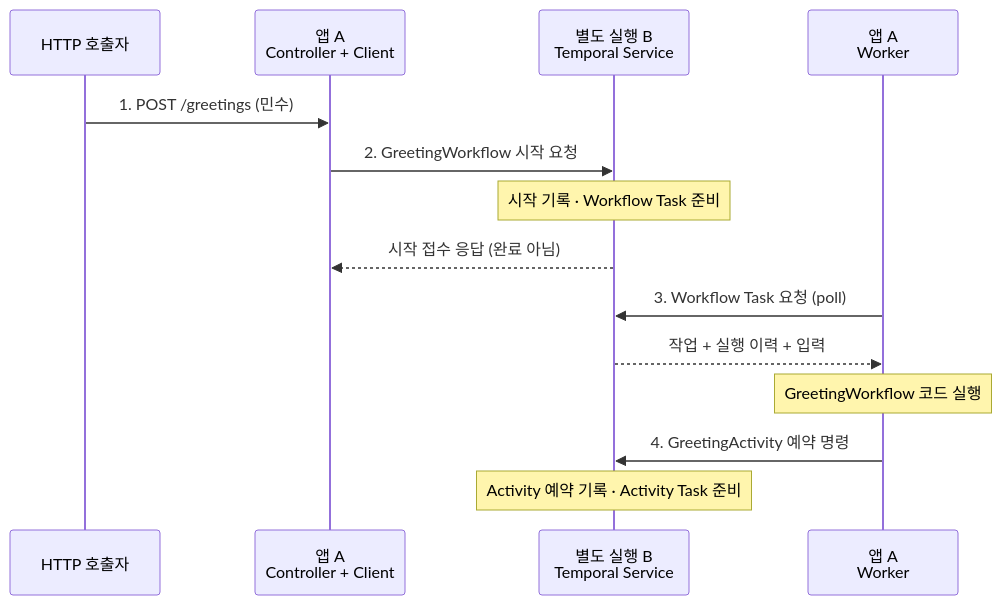
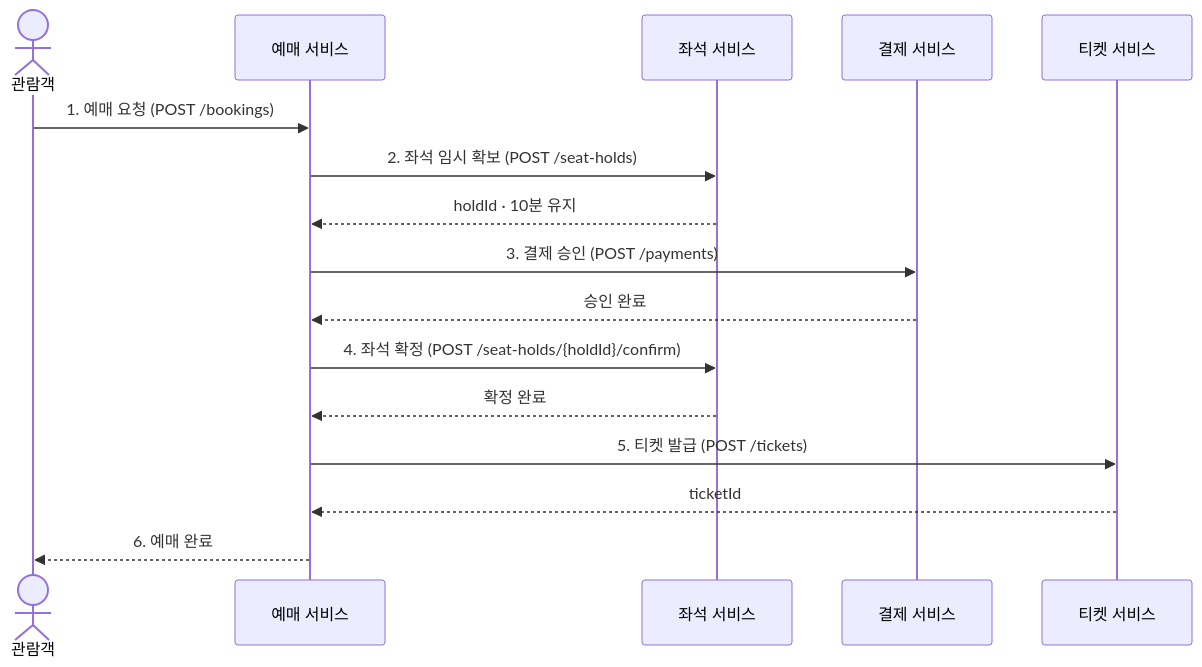
Before and after one commit to hanumoka/hanumoka.github.io: the first of 5 diagrams in src/content/posts/ko/temporal-01-overview/index.md, drawn with Mermaid. The commit also changed other lines of this file and 42 other files, not shown here.

````diff
--- a/src/content/posts/ko/temporal-01-overview/index.md
+++ b/src/content/posts/ko/temporal-01-overview/index.md
@@ -103,18 +59,20 @@
 ```mermaid
 sequenceDiagram
-    accTitle: 인사 요청이 Workflow와 Activity 작업으로 바뀌는 순서
-    accDescr: HTTP 호출자가 Spring Boot Controller에 요청한다. Client가 Temporal Service에 Workflow 시작을 요청하고 Worker가 작업을 가져온다. Workflow 실행 결과로 Activity 예약 명령을 보내면 Service가 Activity Task를 준비한다.
-    participant U as HTTP 호출자
-    participant C as 앱 A<br/>Controller + Client
-    participant S as 별도 실행 B<br/>Temporal Service
-    participant W as 앱 A<br/>Worker
-    U->>C: 1. POST /greetings (민수)
-    C->>S: 2. GreetingWorkflow 시작 요청
-    Note over S: 시작 기록 · Workflow Task 준비
-    S-->>C: 시작 접수 응답 (완료 아님)
-    W->>S: 3. Workflow Task 요청 (poll)
-    S-->>W: 작업 + 실행 이력 + 입력
-    Note over W: GreetingWorkflow 코드 실행
-    W->>S: 4. GreetingActivity 예약 명령
-    Note over S: Activity 예약 기록 · Activity Task 준비
+    accTitle: 공연 예매가 정상적으로 끝나는 순서
+    accDescr: 관람객이 예매를 요청하면 예매 서비스가 좌석 임시 확보, 결제 승인, 좌석 확정, 티켓 발급을 차례로 다른 서비스에 요청한다. 모든 응답을 받으면 관람객에게 예매 완료를 알린다.
+    actor U as 관람객
+    participant B as 예매 서비스
+    participant S as 좌석 서비스
+    participant P as 결제 서비스
+    participant T as 티켓 서비스
+    U->>B: 1. 예매 요청 (POST /bookings)
+    B->>S: 2. 좌석 임시 확보 (POST /seat-holds)
+    S-->>B: holdId · 10분 유지
+    B->>P: 3. 결제 승인 (POST /payments)
+    P-->>B: 승인 완료
+    B->>S: 4. 좌석 확정 (POST /seat-holds/{holdId}/confirm)
+    S-->>B: 확정 완료
+    B->>T: 5. 티켓 발급 (POST /tickets)
+    T-->>B: ticketId
+    B-->>U: 6. 예매 완료
 ```
````
